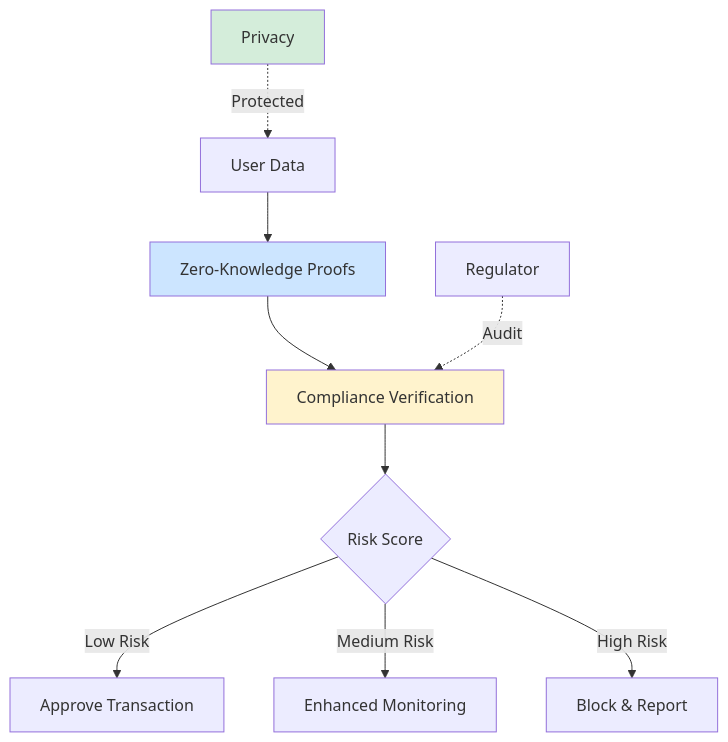
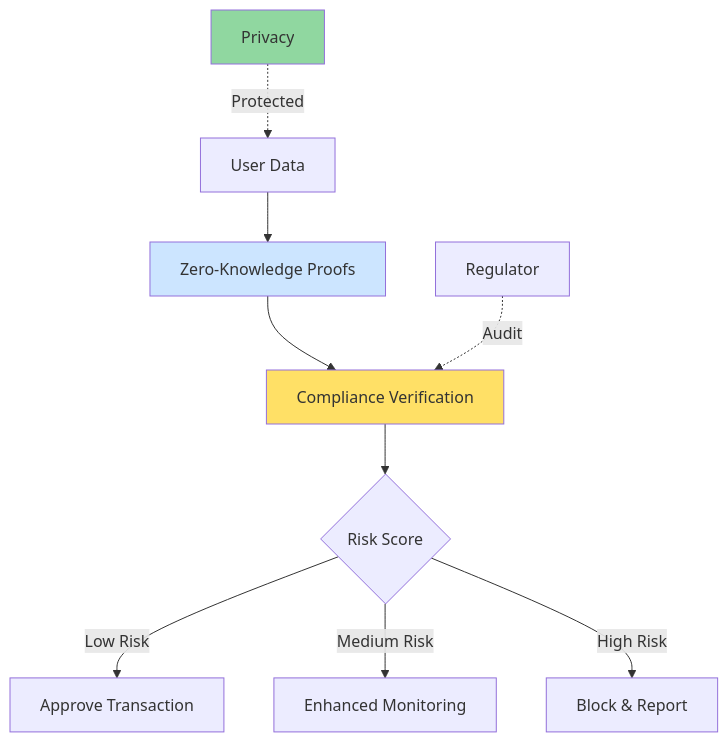
Diagram 15 of 23 in Industry/Blockchain/Blockchain/ValueChain/QA_MistralAI.md (ljg-cqu/knowledge), drawn with Mermaid before and after one commit. The commit also changed other lines of this file and 6 other files, not shown here.

````diff
--- a/Industry/Blockchain/Blockchain/ValueChain/QA_MistralAI.md
+++ b/Industry/Blockchain/Blockchain/ValueChain/QA_MistralAI.md
@@ -1128,17 +1128,17 @@
 ```mermaid
 graph TD
     A[User Data] --> B[Zero-Knowledge Proofs]
     B --> C[Compliance Verification]
     C --> D{Risk Score}
     
     D -->|Low Risk| E[Approve Transaction]
     D -->|Medium Risk| F[Enhanced Monitoring]
     D -->|High Risk| G[Block & Report]
     
     H[Regulator] -.->|Audit| C
     I[Privacy] -.->|Protected| A
     
     style B fill:#cce5ff
-    style C fill:#fff3cd
-    style I fill:#d4edda
+    style C fill:#ffe066
+    style I fill:#90d7a0
 ```
````
